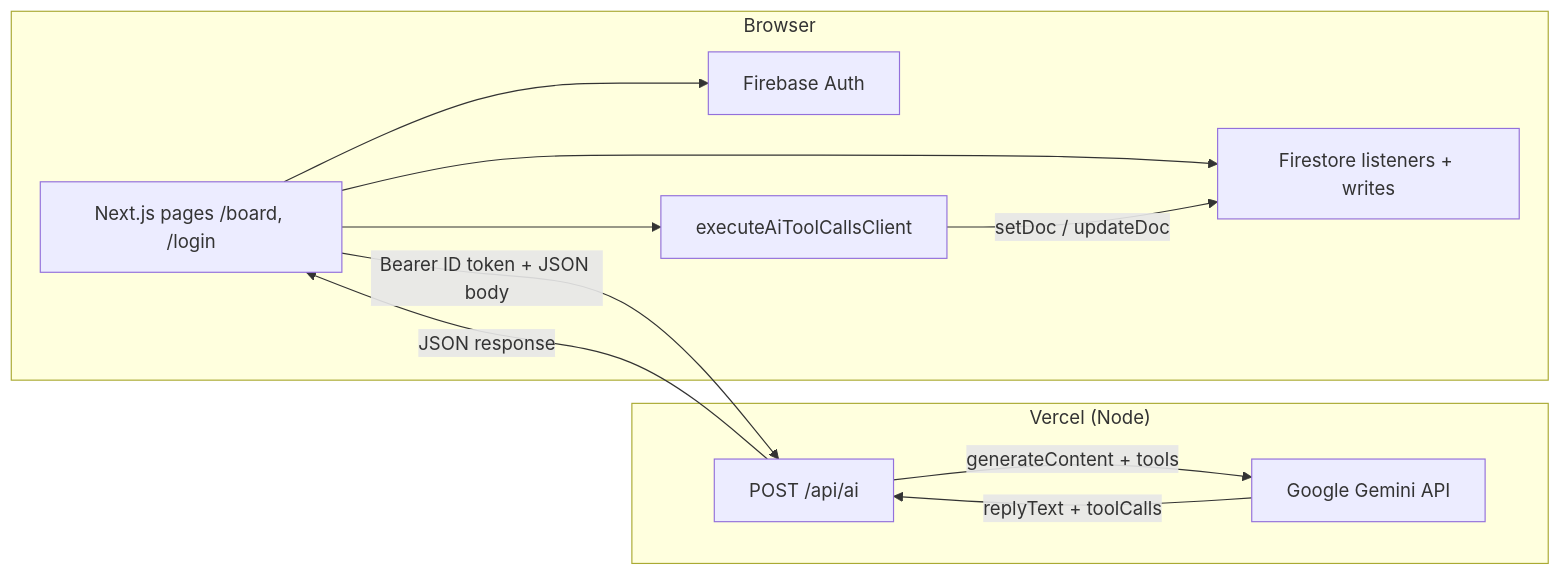
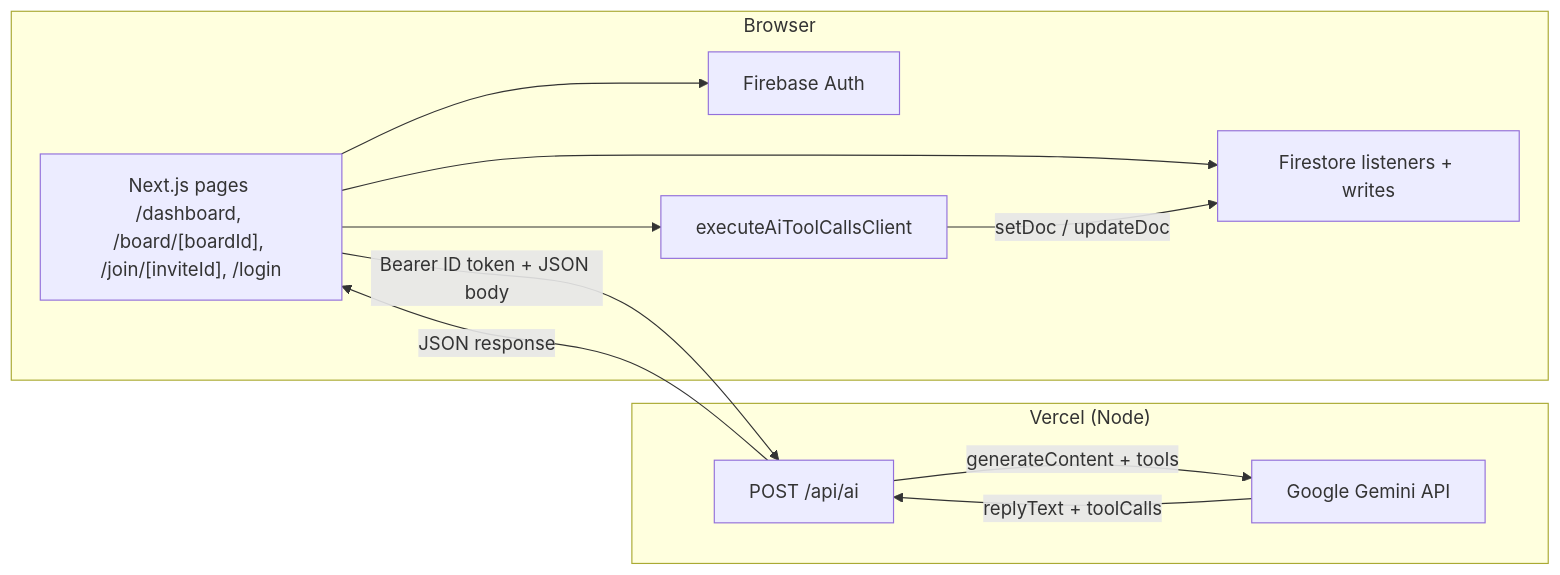
Before and after one commit to CGalentin/collab-whiteboard: the diagram in docs/ARCHITECTURE.md, drawn with Mermaid. The commit also changed other lines of this file and 44 other files, not shown here.

````diff
--- a/docs/ARCHITECTURE.md
+++ b/docs/ARCHITECTURE.md
@@ -5,21 +5,21 @@
 ```mermaid
 flowchart LR
   subgraph Client["Browser"]
-    UI["Next.js pages /board, /login"]
+    UI["Next.js pages /dashboard, /board/[boardId], /join/[inviteId], /login"]
     Auth["Firebase Auth"]
     FS["Firestore listeners + writes"]
     Exec["executeAiToolCallsClient"]
   end
   subgraph Vercel["Vercel (Node)"]
     API["POST /api/ai"]
     Gemini["Google Gemini API"]
   end
   UI --> Auth
   UI --> FS
   UI -->|"Bearer ID token + JSON body"| API
   API -->|"generateContent + tools"| Gemini
   Gemini -->|"replyText + toolCalls"| API
   API -->|"JSON response"| UI
   UI --> Exec
   Exec -->|"setDoc / updateDoc"| FS
 ```
````
